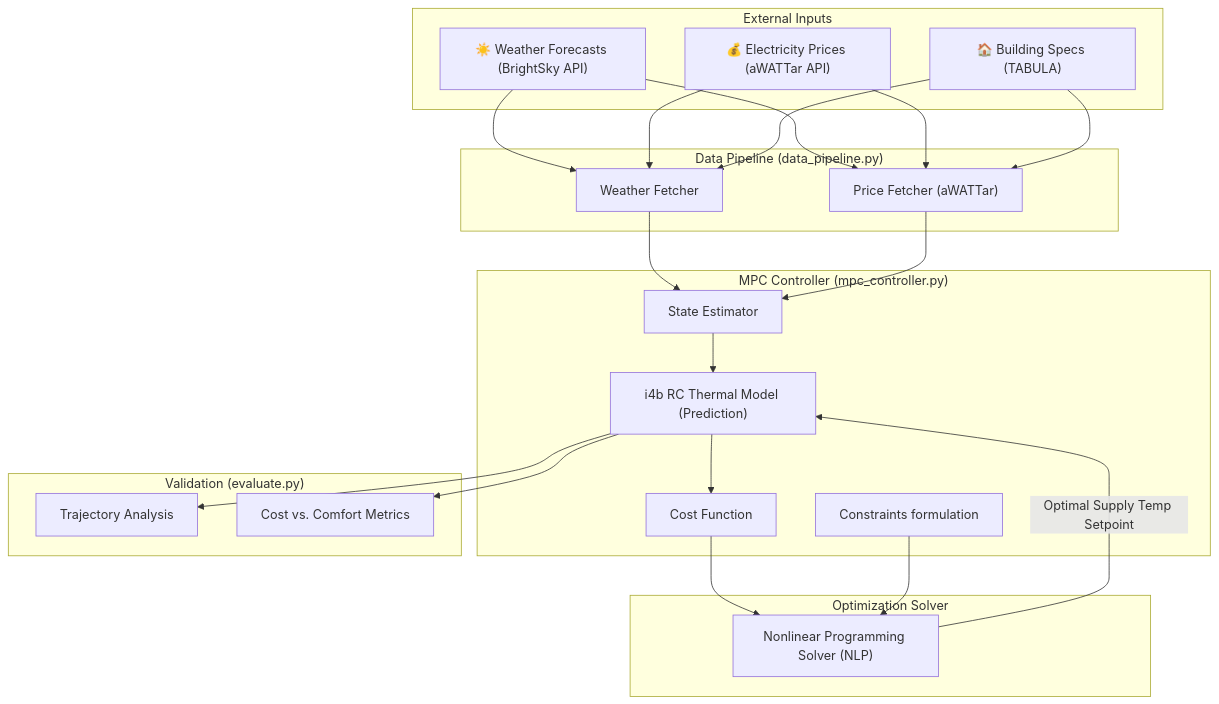
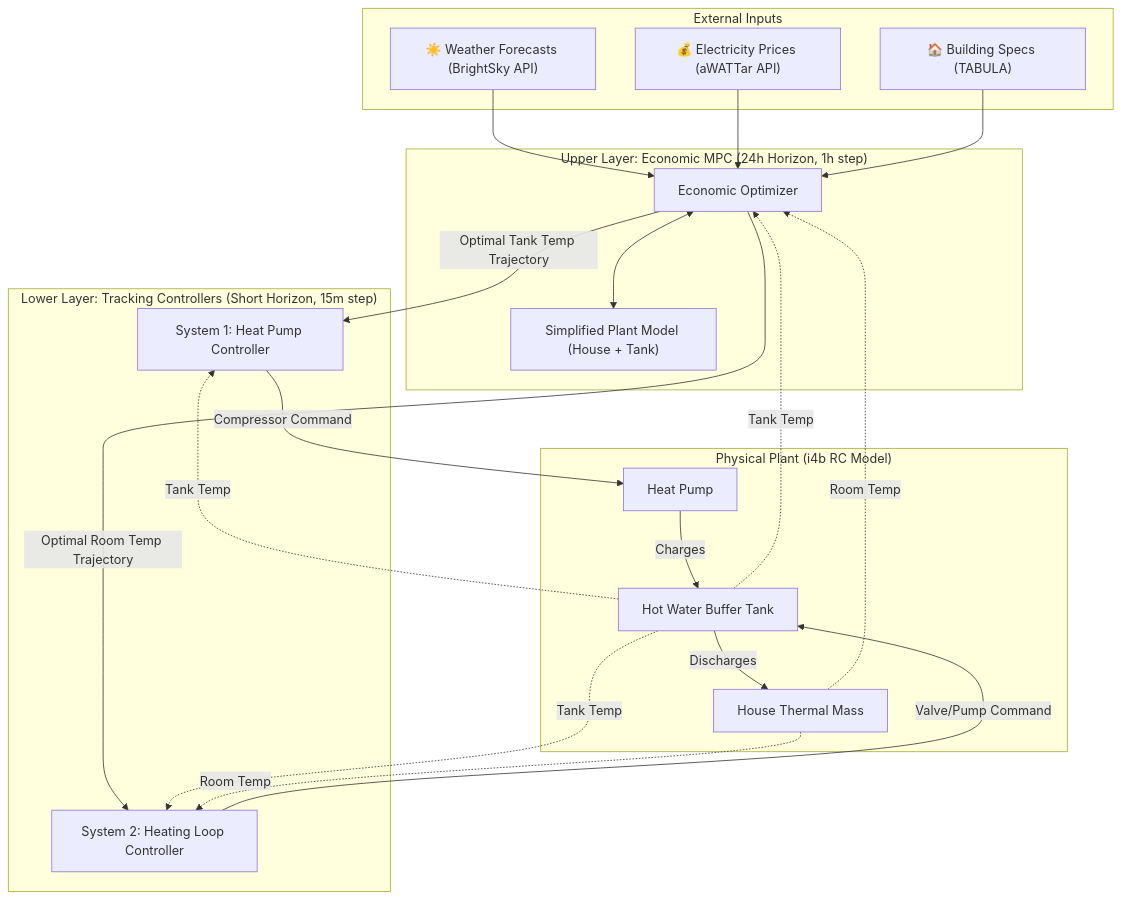
Before and after one commit to sudo-arjun-cli/energy: the diagram in ARCHITECTURE.md, drawn with Mermaid. The commit also changed other lines of this file and 9 other files, not shown here.

Commit message:
Refactor: Transition from RL to Hierarchical MPC architecture with Buffer Tank

````diff
--- a/ARCHITECTURE.md
+++ b/ARCHITECTURE.md
@@ -21,36 +21,37 @@
 ```mermaid
 graph TB
     subgraph "External Inputs"
         A["☀️ Weather Forecasts (BrightSky API)"]
         B["💰 Electricity Prices (aWATTar API)"]
         C["🏠 Building Specs (TABULA)"]
     end
 
-    subgraph "Data Pipeline (data_pipeline.py)"
-        D["Weather Fetcher"]
-        E["Price Fetcher (aWATTar)"]
+    subgraph "Upper Layer: Economic MPC (24h Horizon, 1h step)"
+        D["Economic Optimizer"]
+        E["Simplified Plant Model (House + Tank)"]
+        D <--> E
     end
 
-    subgraph "MPC Controller (mpc_controller.py)"
-        F["State Estimator"]
-        G["i4b RC Thermal Model (Prediction)"]
-        H["Cost Function"]
-        I["Constraints formulation"]
+    subgraph "Lower Layer: Tracking Controllers (Short Horizon, 15m step)"
+        F["System 1: Heat Pump Controller"]
+        G["System 2: Heating Loop Controller"]
     end
 
-    subgraph "Optimization Solver"
-        J["Nonlinear Programming Solver (NLP)"]
+    subgraph "Physical Plant (i4b RC Model)"
+        H["Heat Pump"]
+        I["Hot Water Buffer Tank"]
+        J["House Thermal Mass"]
+        H -->|"Charges"| I
+        I -->|"Discharges"| J
     end
 
-    subgraph "Validation (evaluate.py)"
-        M["Trajectory Analysis"]
-        N["Cost vs. Comfort Metrics"]
-    end
-
-    A & B & C --> D & E
-    D & E --> F
-    F --> G --> H
-    H & I --> J
-    J -->|"Optimal Supply Temp Setpoint"| G
-    G --> M & N
+    A & B & C --> D
+    D -->|"Optimal Tank Temp Trajectory"| F
+    D -->|"Optimal Room Temp Trajectory"| G
+    
+    F -->|"Compressor Command"| H
+    G -->|"Valve/Pump Command"| I
+    
+    I -.->|"Tank Temp"| F & G & D
+    J -.->|"Room Temp"| G & D
 ```
````
